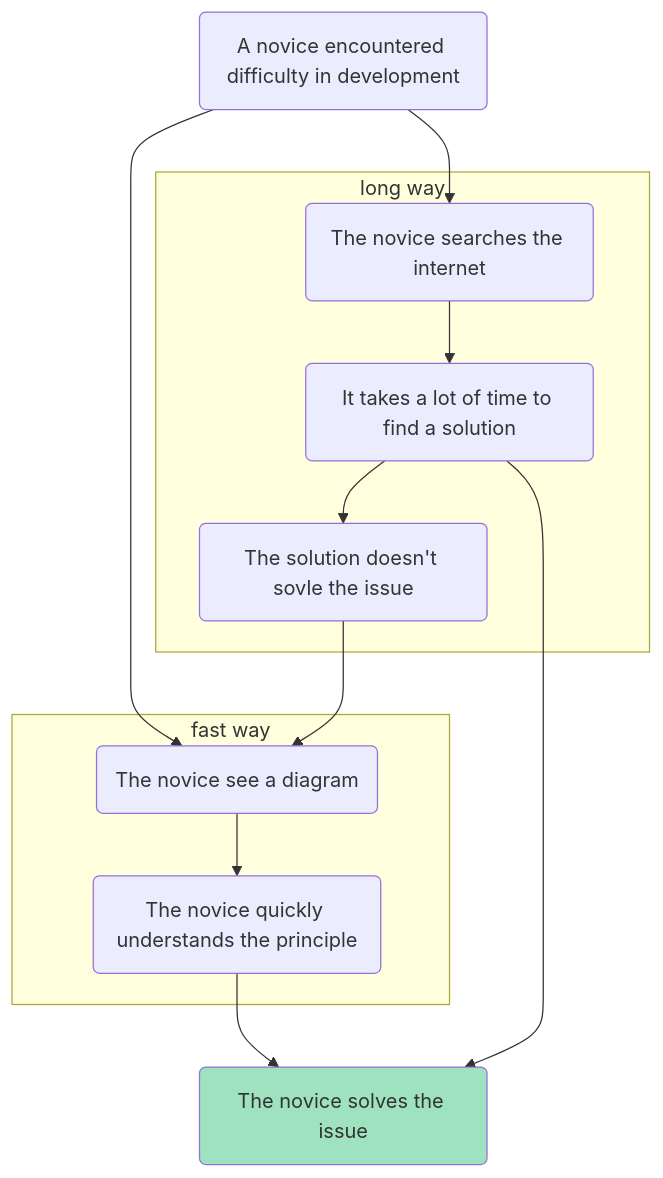
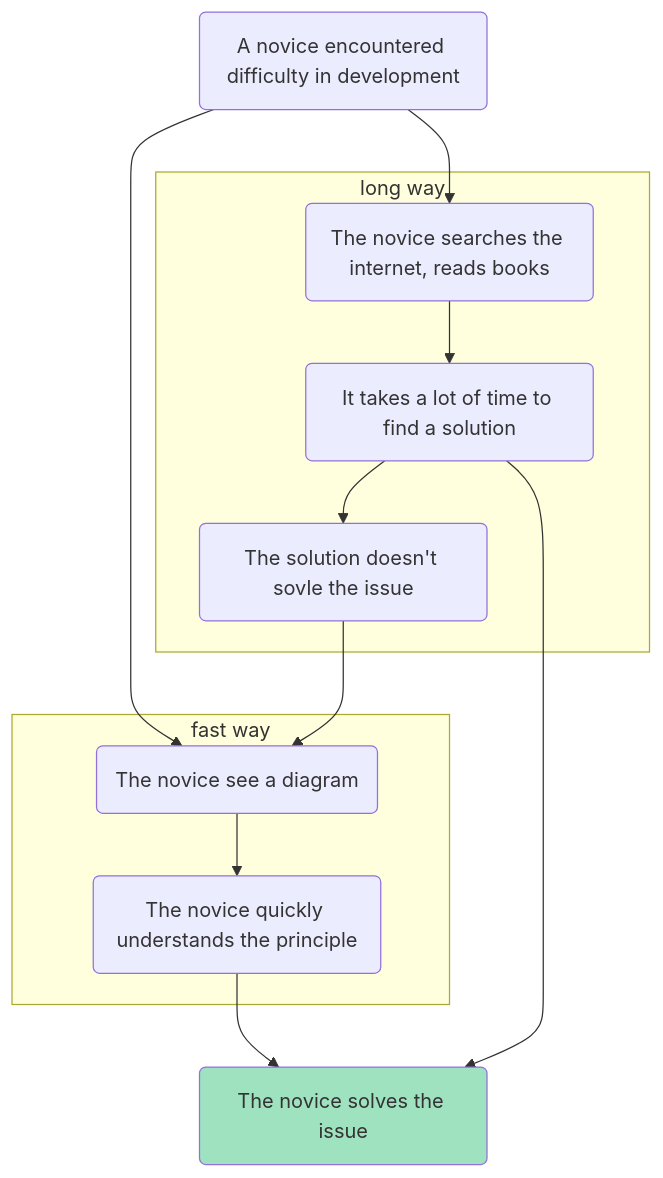
The diagram in README.md (cardinal-II/learn-it-dev-with-diagrams), drawn with Mermaid before and after one commit.

````diff
--- a/README.md
+++ b/README.md
@@ -6,23 +6,23 @@
 ```mermaid
 graph TD;
     A-->B;
     subgraph fast way
     B-->C;
     end
     A-->E;
     subgraph long way
     E-->F-->G;
     end
     C-->D;
     G-->B;
     F-->D;
     A(A novice encountered difficulty in development);
     B(The novice see a diagram);
     C(The novice quickly understands the principle);
     D(The novice solves the issue);
-    E(The novice searches the internet);
+    E(The novice searches the internet, reads books);
     F(It takes a lot of time to find a solution);
     G(The solution doesn't sovle the issue);
 
     style D fill:#9FE2BF
 ```
````
